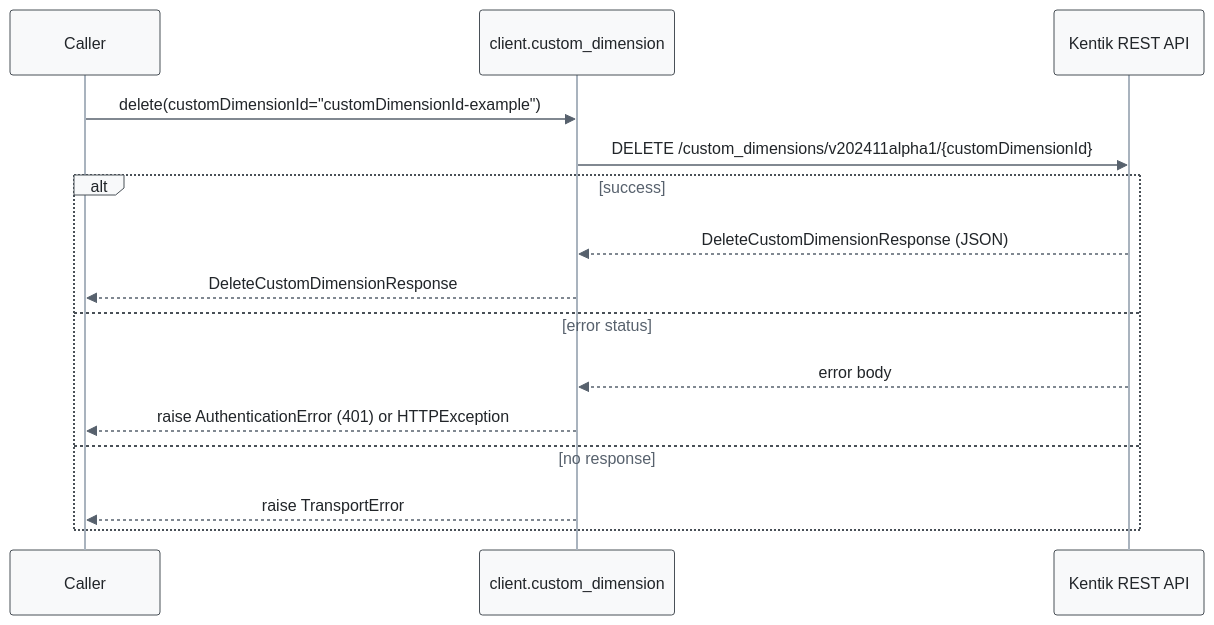
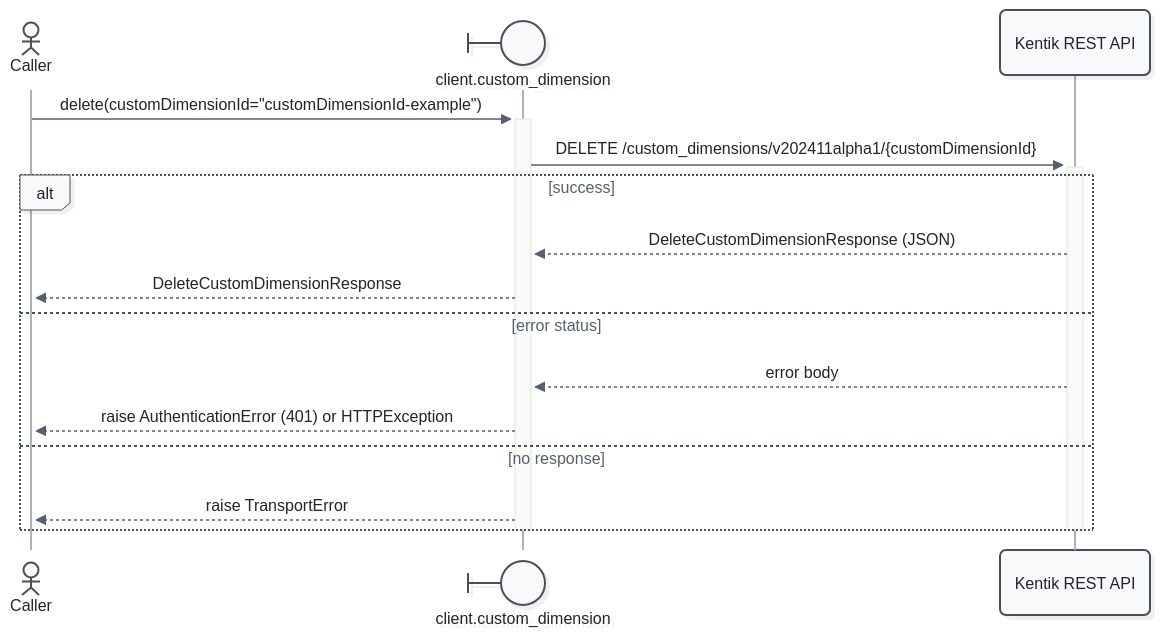
One commit to alexdearaujo/community_sdk_python changed the seventh of 21 diagrams in docs/sphinx/services/custom_dimension.md. Above: the diagram before and after it, drawn with Mermaid. The commit also changed other lines of this file and 52 other files, not shown here.

First line of the commit message:
docs: Mermaid 12 sequence diagrams with participant types and path colors

````diff
--- a/docs/sphinx/services/custom_dimension.md
+++ b/docs/sphinx/services/custom_dimension.md
@@ -262,19 +277,21 @@
 ```mermaid
-%%{init: {"theme": "base", "fontFamily": "ui-monospace, SFMono-Regular, Menlo, monospace", "themeVariables": {"fontFamily": "ui-monospace, SFMono-Regular, Menlo, monospace", "primaryColor": "#f8f9fa", "primaryBorderColor": "#495057", "primaryTextColor": "#212529", "textColor": "#212529", "lineColor": "#77818c", "edgeLabelBackground": "#ffffff", "actorBkg": "#f8f9fa", "actorBorder": "#495057", "actorTextColor": "#212529", "actorLineColor": "#a9b3be", "signalColor": "#57616d", "signalTextColor": "#212529", "labelBoxBkgColor": "#f8f9fa", "labelBoxBorderColor": "#495057", "labelTextColor": "#212529", "loopTextColor": "#57616d", "noteBkgColor": "#fff9db", "noteBorderColor": "#f08c00", "noteTextColor": "#a35a00"}, "flowchart": {"curve": "step", "nodeSpacing": 30, "rankSpacing": 70, "wrappingWidth": 400}}}%%
+%%{init: {"theme": "redux", "look": "neo", "layout": "dagre", "fontFamily": "ui-monospace, SFMono-Regular, Menlo, monospace", "themeVariables": {"fontFamily": "ui-monospace, SFMono-Regular, Menlo, monospace", "primaryColor": "#f8f9fa", "primaryBorderColor": "#495057", "primaryTextColor": "#212529", "textColor": "#212529", "lineColor": "#77818c", "edgeLabelBackground": "#ffffff", "actorBkg": "#f8f9fa", "actorBorder": "#495057", "actorTextColor": "#212529", "actorLineColor": "#a9b3be", "signalColor": "#57616d", "signalTextColor": "#212529", "labelBoxBkgColor": "#f8f9fa", "labelBoxBorderColor": "#495057", "labelTextColor": "#212529", "loopTextColor": "#57616d", "noteBkgColor": "#fff9db", "noteBorderColor": "#f08c00", "noteTextColor": "#a35a00"}, "sequence": {"activationWidth": 16}, "flowchart": {"curve": "step", "nodeSpacing": 30, "rankSpacing": 70, "wrappingWidth": 400}}}%%
 sequenceDiagram
-    participant C as Caller
-    participant W as client.custom_dimension
+    actor C as Caller
+    participant W@{ "type": "boundary" } as client.custom_dimension
     participant API as Kentik REST API
 
-    C->>W: delete(customDimensionId="customDimensionId-example")
-    W->>API: DELETE /custom_dimensions/v202411alpha1/{customDimensionId}
+    C->>+W: delete(customDimensionId="customDimensionId-example")
+    W->>+API: DELETE /custom_dimensions/v202411alpha1/{customDimensionId}
     alt success
         API-->>W: DeleteCustomDimensionResponse (JSON)
         W-->>C: DeleteCustomDimensionResponse
     else error status
         API-->>W: error body
         W-->>C: raise AuthenticationError (401) or HTTPException
     else no response
         W-->>C: raise TransportError
     end
+    deactivate API
+    deactivate W
 ```
````
